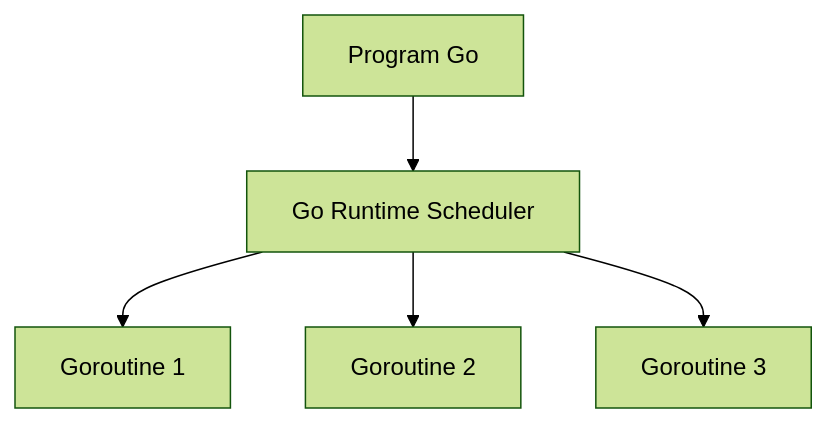
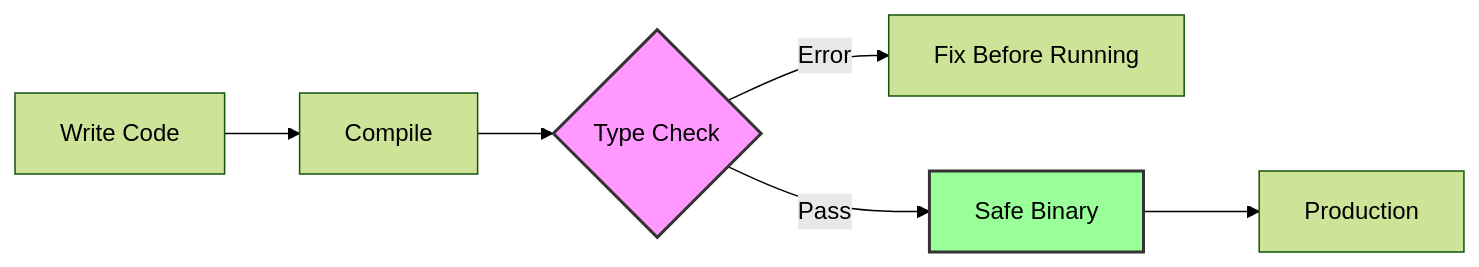
One commit to daisyorscry/itts changed the third of 9 diagrams in docs/golang-fundamental/dasar-golang.mdx. Above: the diagram before and after it, drawn with Mermaid (forest theme). The commit also changed other lines of this file, not shown here.

````diff
--- a/docs/golang-fundamental/dasar-golang.mdx
+++ b/docs/golang-fundamental/dasar-golang.mdx
@@ -65,7 +139,11 @@
 ```mermaid
-flowchart TD
-  A[Program Go] --> B[Go Runtime Scheduler]
-  B --> C[Goroutine 1]
-  B --> D[Goroutine 2]
-  B --> E[Goroutine 3]
+flowchart LR
+    A[Write Code] --> B[Compile]
+    B --> C{Type Check}
+    C -->|Error| D[Fix Before Running]
+    C -->|Pass| E[Safe Binary]
+    E --> F[Production]
+
+    style C fill:#f9f,stroke:#333,stroke-width:2px
+    style E fill:#9f9,stroke:#333,stroke-width:2px
 ```
````
